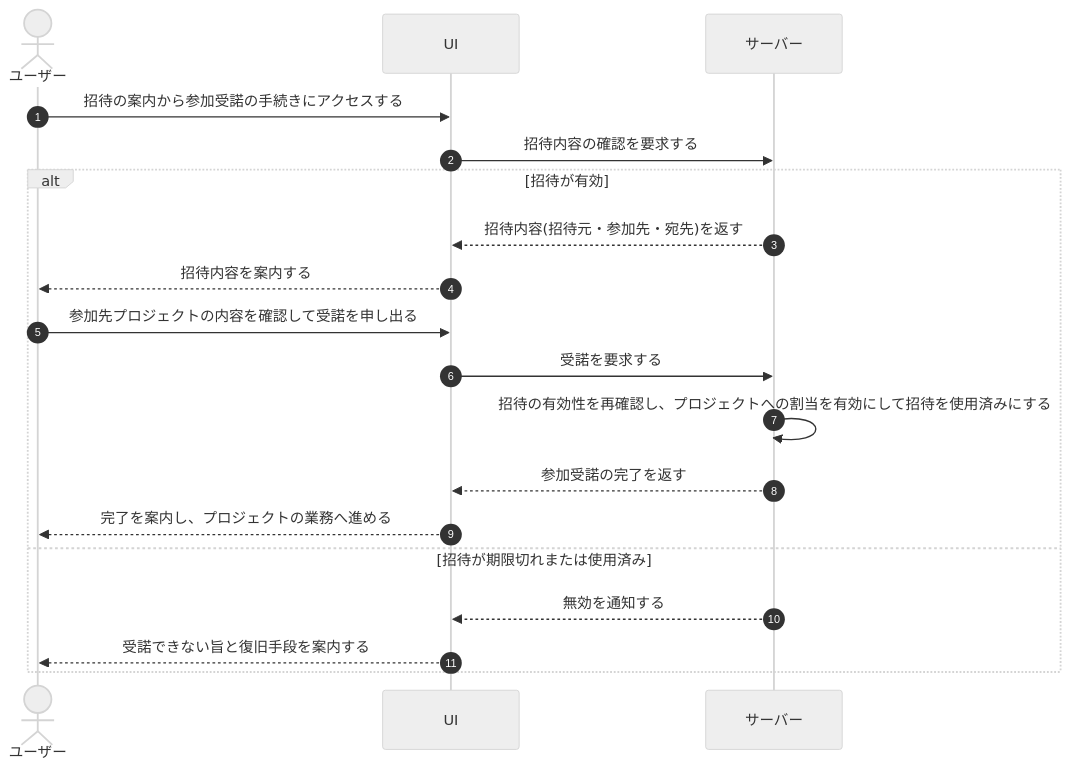
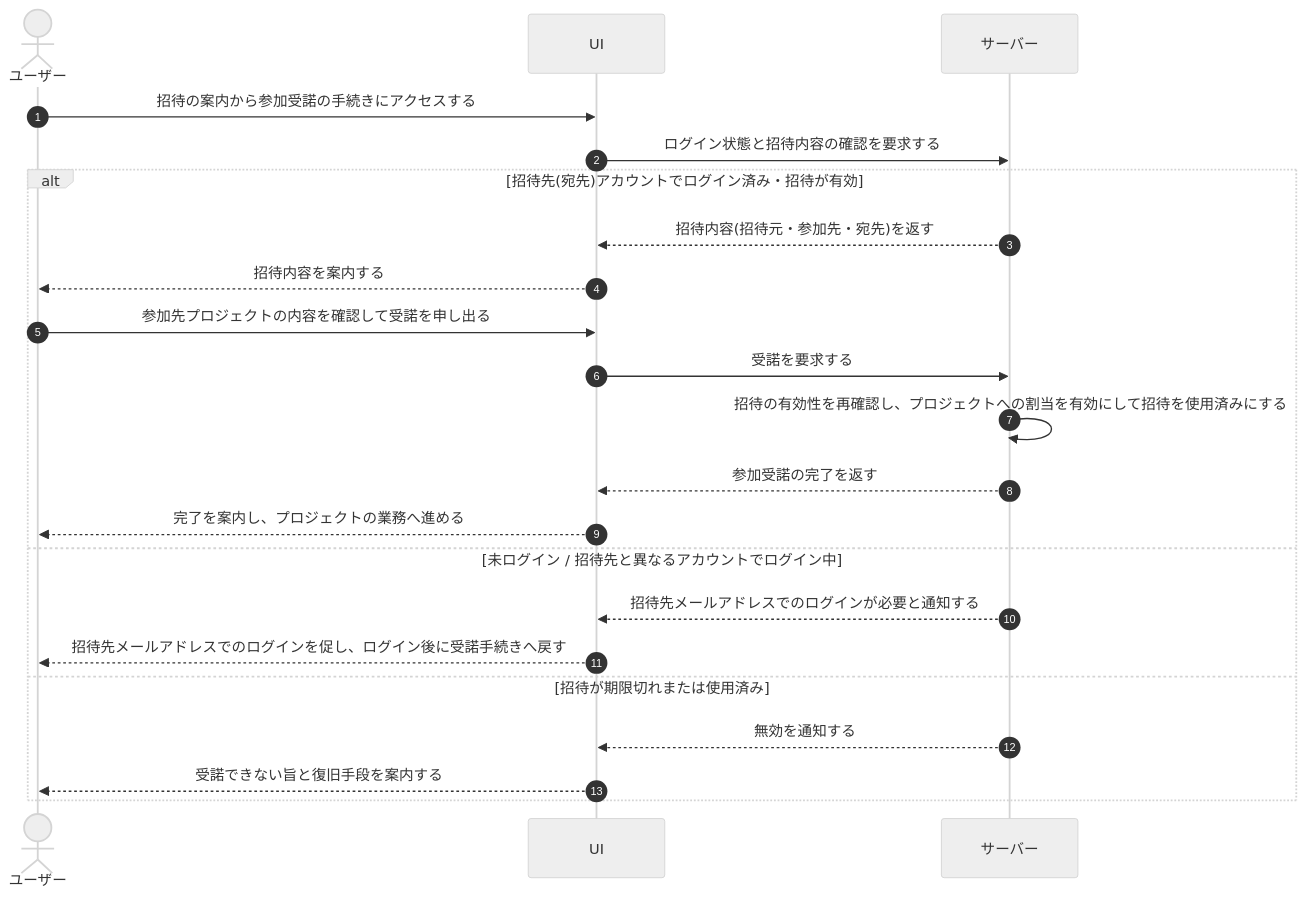
The diagram in 01_requirements/04_business_usecases/UC-006.md (sikakou54/open-faq), drawn with Mermaid (neutral theme) before and after one commit. The commit also changed other lines of this file and 99 other files, not shown here.

````diff
--- a/01_requirements/04_business_usecases/UC-006.md
+++ b/01_requirements/04_business_usecases/UC-006.md
@@ -26,21 +27,24 @@
 ```mermaid
 sequenceDiagram
   autonumber
   actor U as ユーザー
   participant UI as UI
   participant S as サーバー
   U->>UI: 招待の案内から参加受諾の手続きにアクセスする
-  UI->>S: 招待内容の確認を要求する
-  alt 招待が有効
+  UI->>S: ログイン状態と招待内容の確認を要求する
+  alt 招待先(宛先)アカウントでログイン済み・招待が有効
     S-->>UI: 招待内容(招待元・参加先・宛先)を返す
     UI-->>U: 招待内容を案内する
     U->>UI: 参加先プロジェクトの内容を確認して受諾を申し出る
     UI->>S: 受諾を要求する
     S->>S: 招待の有効性を再確認し、プロジェクトへの割当を有効にして招待を使用済みにする
     S-->>UI: 参加受諾の完了を返す
     UI-->>U: 完了を案内し、プロジェクトの業務へ進める
+  else 未ログイン / 招待先と異なるアカウントでログイン中
+    S-->>UI: 招待先メールアドレスでのログインが必要と通知する
+    UI-->>U: 招待先メールアドレスでのログインを促し、ログイン後に受諾手続きへ戻す
   else 招待が期限切れまたは使用済み
     S-->>UI: 無効を通知する
     UI-->>U: 受諾できない旨と復旧手段を案内する
   end
 ```
````
